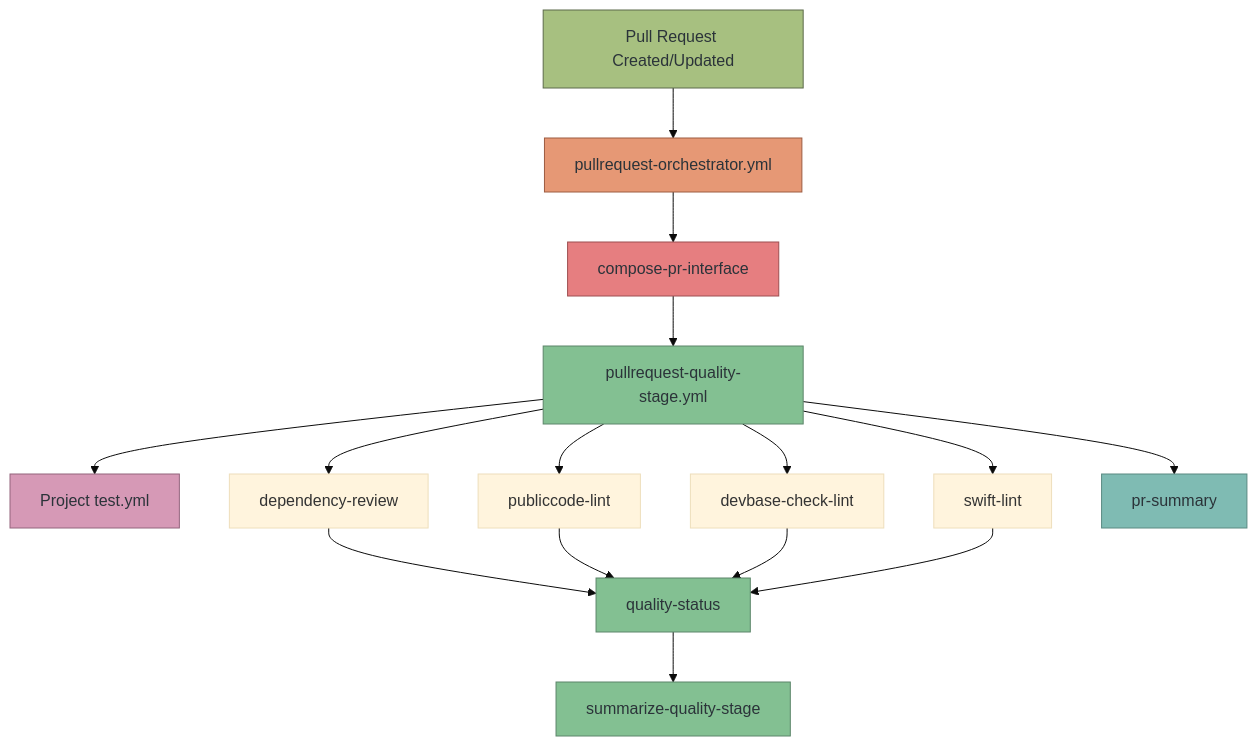
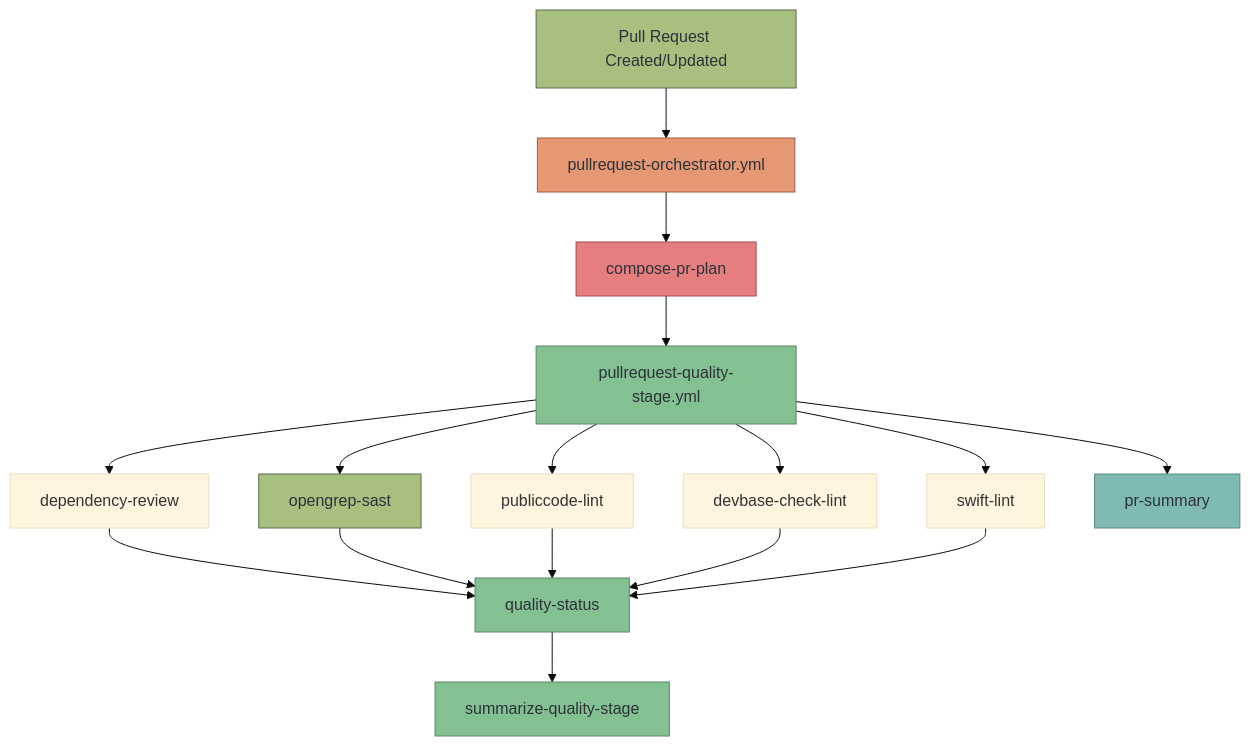
The first of 7 diagrams in docs/workflows.md (diggsweden/reusable-ci), drawn with Mermaid (base theme) before and after one commit. The commit also changed other lines of this file and 709 other files, not shown here.

````diff
--- a/docs/workflows.md
+++ b/docs/workflows.md
@@ -25,27 +25,28 @@
 ```mermaid
 graph TD
     A[Pull Request Created/Updated] --> B[pullrequest-orchestrator.yml]
-    B --> C[compose-pr-interface]
+    B --> C[compose-pr-plan]
     C --> D[pullrequest-quality-stage.yml]
-    D --> E[Project test.yml]
 
     D --> H[dependency-review]
+    D --> I[opengrep-sast]
     D --> J[publiccode-lint]
     D --> K[devbase-check-lint]
     D --> L[swift-lint]
     H --> M[quality-status]
+    I --> M
     J --> M
     K --> M
     L --> M
     M --> N[summarize-quality-stage]
     D --> O[pr-summary]
 
     style A fill:#a7c080,stroke:#5c6a4a,color:#2b3339
     style B fill:#e69875,stroke:#9d5c41,color:#2b3339
     style C fill:#e67e80,stroke:#9d4f50,color:#2b3339
     style D fill:#83c092,stroke:#5c856a,color:#2b3339
-    style E fill:#d699b6,stroke:#93647c,color:#2b3339
+    style I fill:#a7c080,stroke:#5c6a4a,color:#2b3339
     style M fill:#83c092,stroke:#5c856a,color:#2b3339
     style N fill:#83c092,stroke:#5c856a,color:#2b3339
     style O fill:#7fbbb3,stroke:#5a8a82,color:#2b3339
 ```
````
